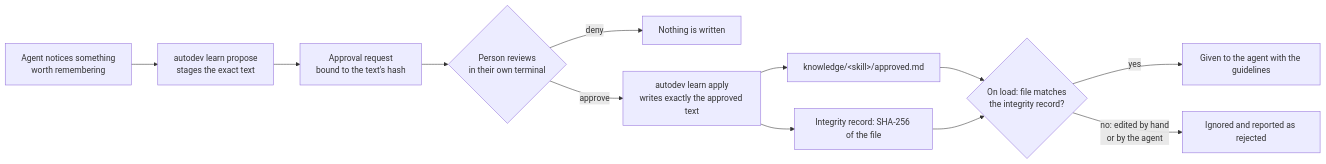
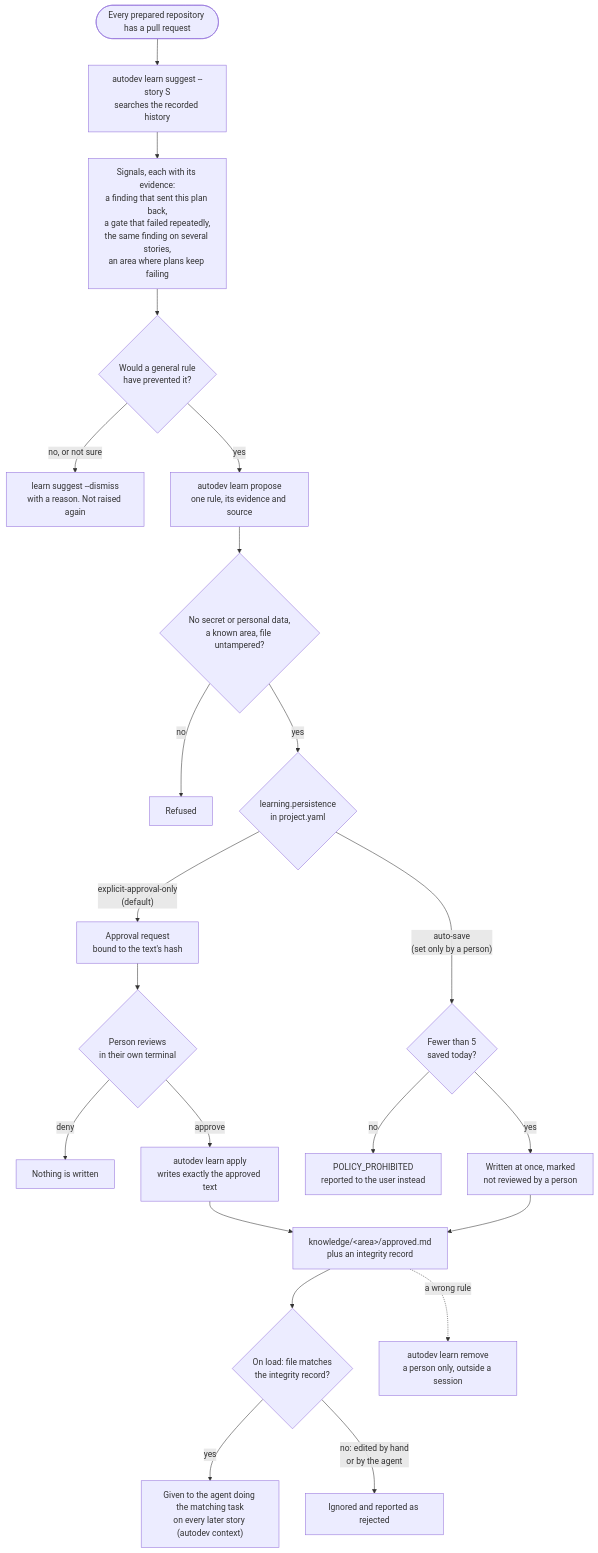
One commit to balapininti/Copilot-CLI-Auto-Developer changed diagram 12 of 16 in docs/diagrams.md. Above: the diagram before and after it, drawn with Mermaid. The commit also changed other lines of this file and 1 other file, not shown here.

First line of the commit message:
Update the architecture page and diagrams

````diff
--- a/docs/diagrams.md
+++ b/docs/diagrams.md
@@ -372,14 +397,24 @@
 ```mermaid
-flowchart LR
-    notice["Agent notices something<br/>worth remembering"] --> propose["autodev learn propose<br/>stages the exact text"]
-    propose --> req["Approval request<br/>bound to the text's hash"]
+flowchart TB
+    done(["Every prepared repository has a pull request"]) --> suggest["autodev learn suggest --story S<br/>searches the recorded history"]
+    suggest --> signals["Signals, each with its evidence:<br/>a finding that sent this plan back,<br/>a gate that failed repeatedly,<br/>the same finding on several stories,<br/>an area where plans keep failing"]
+    signals --> decide{"Would a general rule<br/>have prevented it?"}
+    decide -- "no, or not sure" --> dismiss["learn suggest --dismiss<br/>with a reason. Not raised again"]
+    decide -- yes --> propose["autodev learn propose<br/>one rule, its evidence and source"]
+    propose --> checks{"No secret or personal data,<br/>a known area, file untampered?"}
+    checks -- no --> refused["Refused"]
+    checks -- yes --> mode{"learning.persistence<br/>in project.yaml"}
+    mode -- "explicit-approval-only<br/>(default)" --> req["Approval request<br/>bound to the text's hash"]
     req --> person{"Person reviews<br/>in their own terminal"}
     person -- deny --> drop["Nothing is written"]
     person -- approve --> apply["autodev learn apply<br/>writes exactly the approved text"]
-    apply --> file["knowledge/#lt;skill#gt;/approved.md"]
-    apply --> integ["Integrity record: SHA-256 of the file"]
+    mode -- "auto-save<br/>(set only by a person)" --> cap{"Fewer than 5<br/>saved today?"}
+    cap -- no --> limit["POLICY_PROHIBITED<br/>reported to the user instead"]
+    cap -- yes --> auto["Written at once, marked<br/>not reviewed by a person"]
+    apply --> file["knowledge/#lt;area#gt;/approved.md<br/>plus an integrity record"]
+    auto --> file
     file --> load{"On load: file matches<br/>the integrity record?"}
-    integ --> load
-    load -- yes --> use["Given to the agent with the guidelines"]
+    load -- yes --> use["Given to the agent doing the matching task<br/>on every later story (autodev context)"]
     load -- "no: edited by hand<br/>or by the agent" --> reject["Ignored and reported as rejected"]
+    file -. "a wrong rule" .-> remove["autodev learn remove<br/>a person only, outside a session"]
 ```
````
